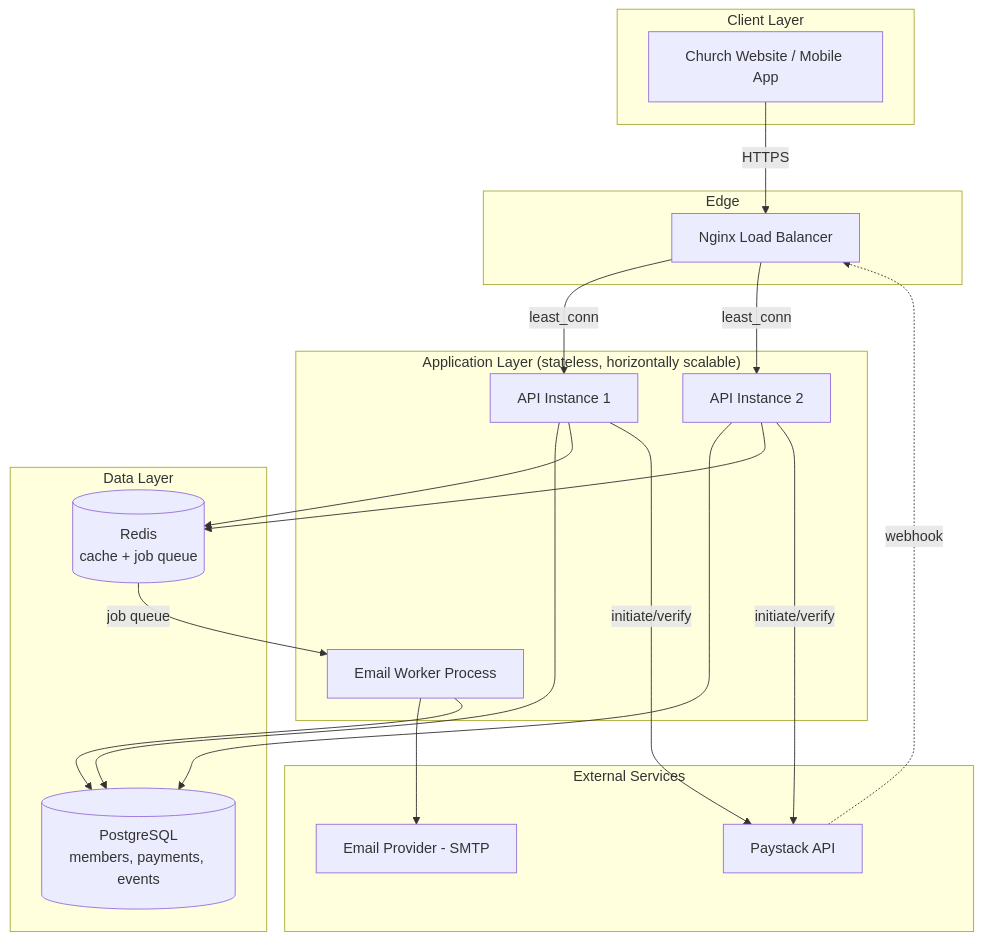
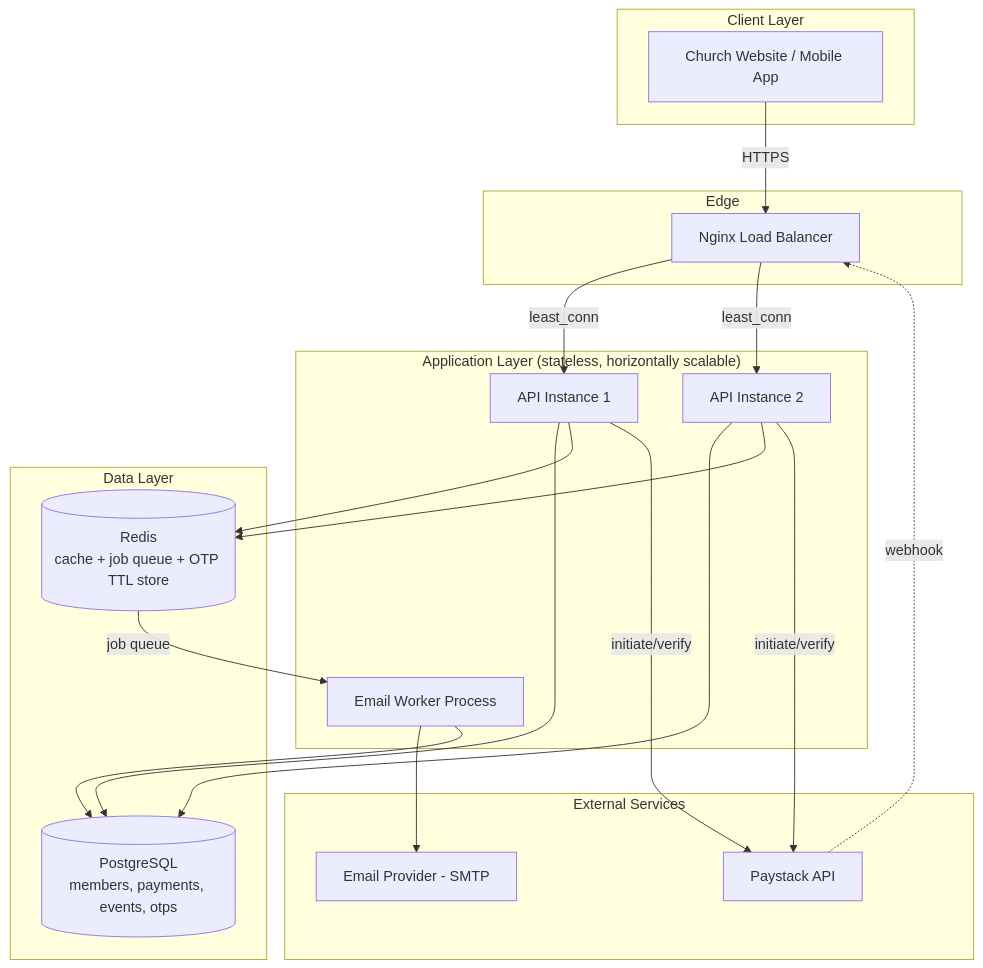
The diagram in README.md (TawiahObedCodeX/LBC-BACKEND), drawn with Mermaid before and after one commit. The commit also changed other lines of this file, not shown here.

First line of the commit message:
Add OTP authentication and update README

````diff
--- a/README.md
+++ b/README.md
@@ -65,40 +81,40 @@
 ```mermaid
 flowchart TB
     subgraph Client["Client Layer"]
         WEB[Church Website / Mobile App]
     end
 
     subgraph Edge["Edge"]
         LB[Nginx Load Balancer]
     end
 
     subgraph App["Application Layer (stateless, horizontally scalable)"]
         API1[API Instance 1]
         API2[API Instance 2]
         WORKER[Email Worker Process]
     end
 
     subgraph Data["Data Layer"]
-        PG[(PostgreSQL<br/>members, payments, events)]
-        REDIS[(Redis<br/>cache + job queue)]
+        PG[(PostgreSQL<br/>members, payments, events, otps)]
+        REDIS[(Redis<br/>cache + job queue + OTP TTL store)]
     end
 
     subgraph External["External Services"]
         PAYSTACK[Paystack API]
         SMTP[Email Provider - SMTP]
     end
 
     WEB -->|HTTPS| LB
     LB -->|least_conn| API1
     LB -->|least_conn| API2
     API1 --> PG
     API2 --> PG
     API1 --> REDIS
     API2 --> REDIS
     API1 -->|initiate/verify| PAYSTACK
     API2 -->|initiate/verify| PAYSTACK
     PAYSTACK -.->|webhook| LB
     REDIS -->|job queue| WORKER
     WORKER --> SMTP
     WORKER --> PG
 ```
````
